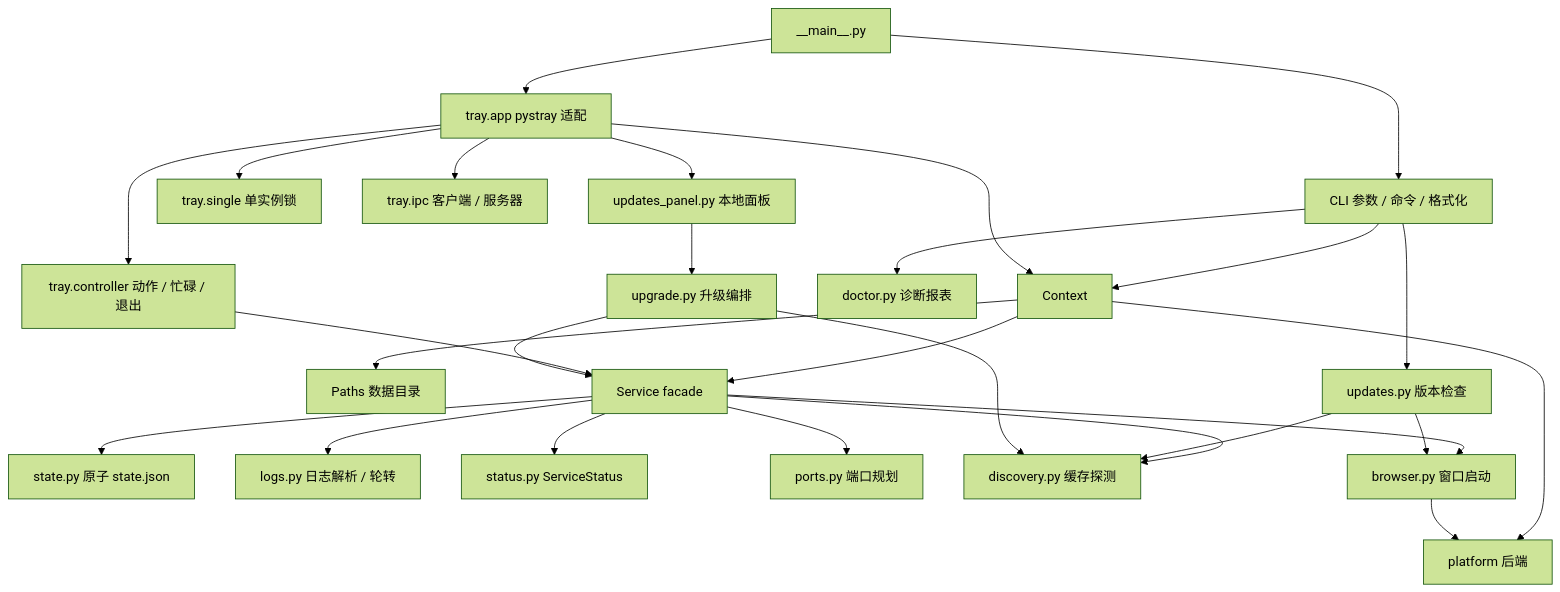
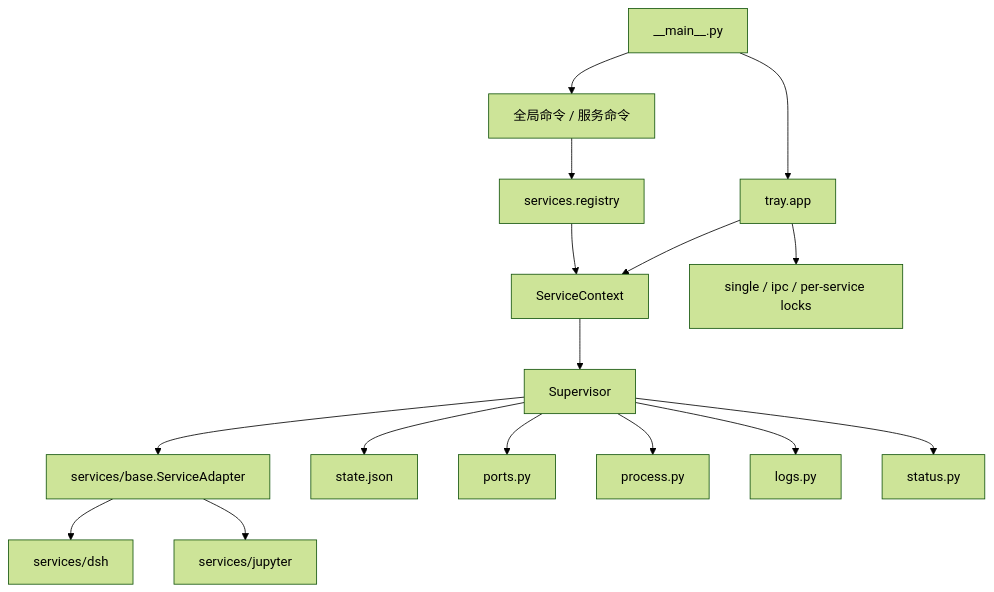
Before and after one commit to zou-jun/dshlauncher: the diagram in docs/architecture.md, drawn with Mermaid (forest theme). The commit also changed other lines of this file and 122 other files, not shown here.

First line of the commit message:
feat: host dsh and Jupyter Lab, rename to weblauncher

````diff
--- a/docs/architecture.md
+++ b/docs/architecture.md
@@ -9,29 +10,18 @@
 ```mermaid
-graph TD
-  Entry[__main__.py] --> CLI[CLI 参数 / 命令 / 格式化]
-  Entry --> Tray[tray.app pystray 适配]
-  CLI --> Ctx[Context]
-  Tray --> Ctx
-  Ctx --> Paths[Paths 数据目录]
-  Ctx --> Backend[platform 后端]
-  Ctx --> Svc[Service facade]
-  Svc --> State[state.py 原子 state.json]
-  Svc --> Logs[logs.py 日志解析 / 轮转]
-  Svc --> Status[status.py ServiceStatus]
-  Svc --> Ports[ports.py 端口规划]
-  Svc --> Disc[discovery.py 缓存探测]
-  Svc --> Browser[browser.py 窗口启动]
-  Browser --> Backend
-  Tray --> Single[tray.single 单实例锁]
-  Tray --> IPC[tray.ipc 客户端 / 服务器]
-  Tray --> Ctrl[tray.controller 动作 / 忙碌 / 退出]
-  Ctrl --> Svc
-  CLI --> Doctor[doctor.py 诊断报表]
-  CLI --> Upd[updates.py 版本检查]
-  Tray --> Panel[updates_panel.py 本地面板]
-  Panel --> Upg[upgrade.py 升级编排]
-  Upd --> Disc
-  Upd --> Browser
-  Upg --> Svc
-  Upg --> Disc
+flowchart TB
+  Entry[__main__.py] --> CLI[全局命令 / 服务命令]
+  Entry --> Tray[tray.app]
+  CLI --> Reg[services.registry]
+  Tray --> Ctx[ServiceContext]
+  Reg --> Ctx
+  Ctx --> Sup[Supervisor]
+  Sup --> Adapter[services/base.ServiceAdapter]
+  Adapter --> Dsh[services/dsh]
+  Adapter --> Jup[services/jupyter]
+  Sup --> State[state.json]
+  Sup --> Ports[ports.py]
+  Sup --> Proc[process.py]
+  Sup --> Logs[logs.py]
+  Sup --> Status[status.py]
+  Tray --> Locks[single / ipc / per-service locks]
 ```
````
